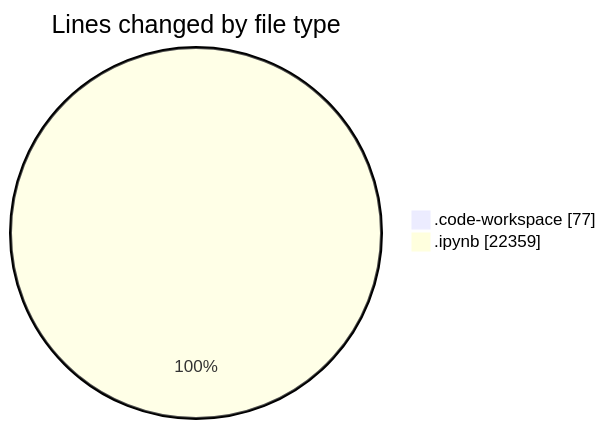
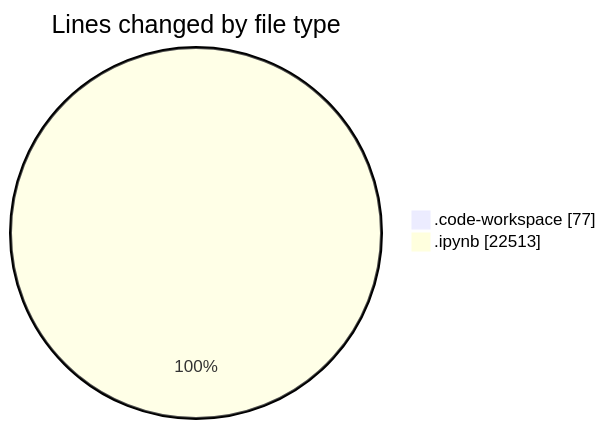
Before and after one commit to MatusMokan/code-tracking: the first of 2 diagrams in 2025-03-14/myws__workspace_/README.md, drawn with Mermaid. The commit also changed other lines of this file and 1 other file, not shown here.

````diff
--- a/2025-03-14/myws__workspace_/README.md
+++ b/2025-03-14/myws__workspace_/README.md
@@ -22,6 +22,6 @@
 ```mermaid
 pie showData
 title Lines changed by file type
 ".code-workspace" : 77
-".ipynb" : 22359
+".ipynb" : 22513
 ```
````
